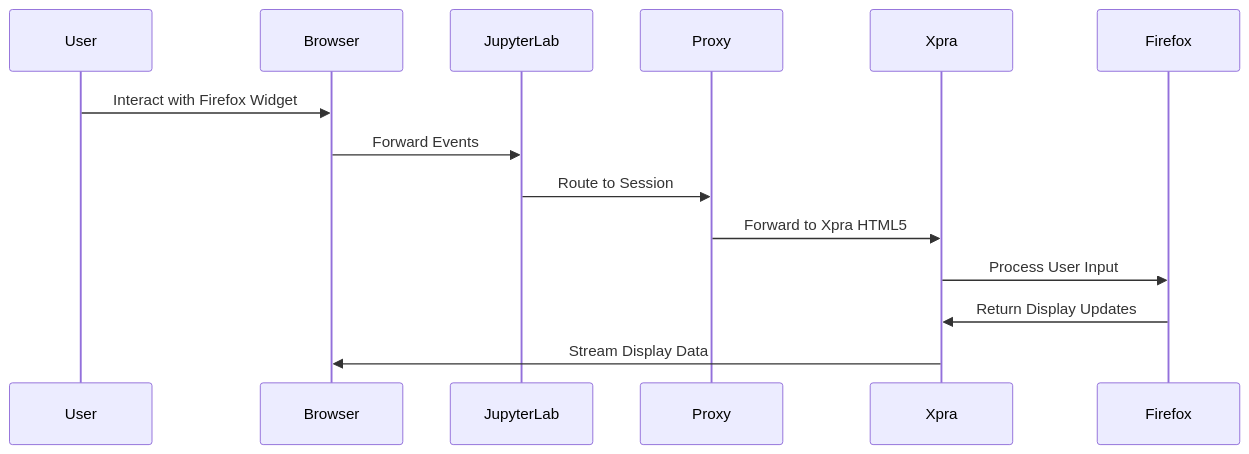
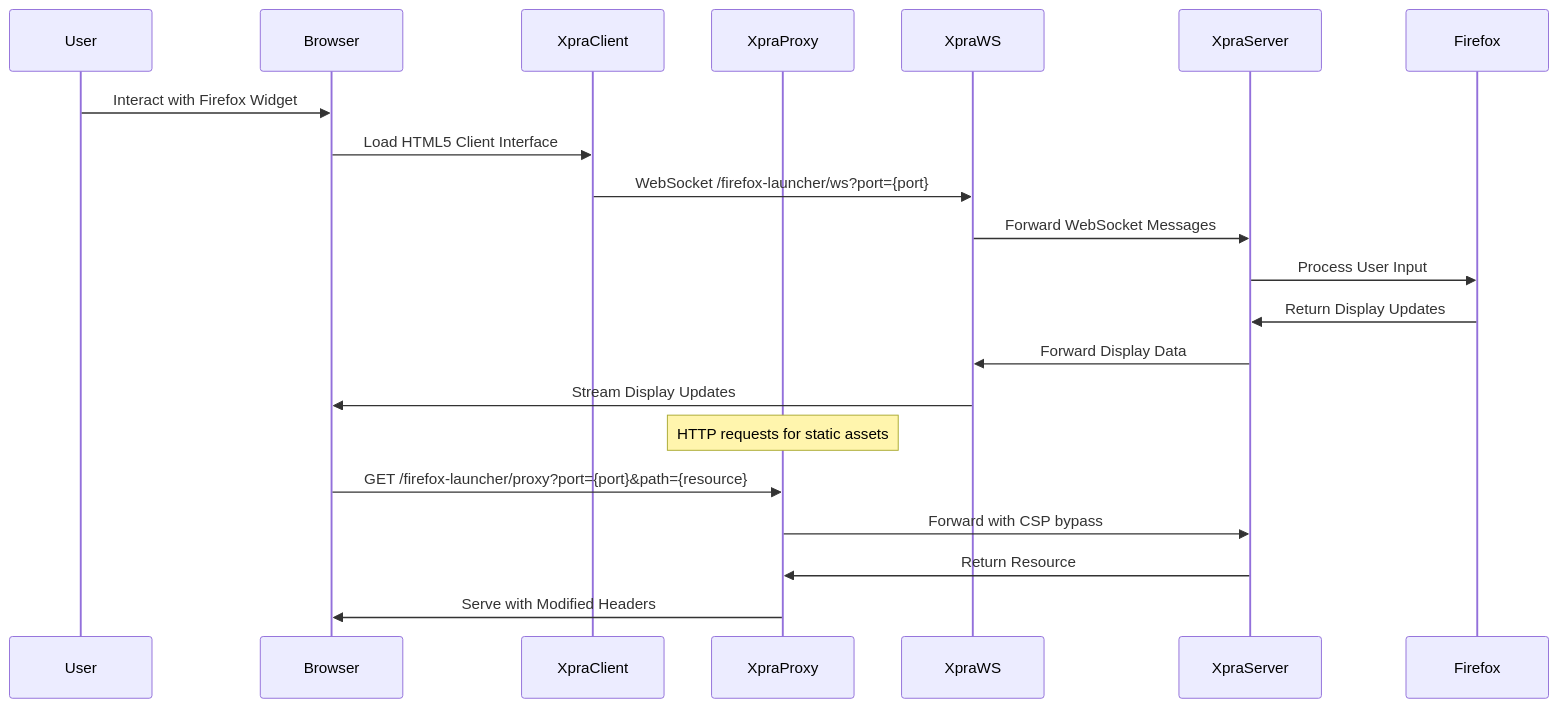
The second of 3 diagrams in docs/architecture.md (vantagecompute/jupyterlab-firefox-launcher), drawn with Mermaid before and after one commit. The commit also changed other lines of this file and 10 other files, not shown here.

````diff
--- a/docs/architecture.md
+++ b/docs/architecture.md
@@ -175,17 +237,25 @@
 ```mermaid
 sequenceDiagram
     participant User
     participant Browser
-    participant JupyterLab
-    participant Proxy
-    participant Xpra
+    participant XpraClient
+    participant XpraProxy
+    participant XpraWS
+    participant XpraServer
     participant Firefox
 
     User->>Browser: Interact with Firefox Widget
-    Browser->>JupyterLab: Forward Events
-    JupyterLab->>Proxy: Route to Session
-    Proxy->>Xpra: Forward to Xpra HTML5
-    Xpra->>Firefox: Process User Input
-    Firefox->>Xpra: Return Display Updates
-    Xpra->>Browser: Stream Display Data
+    Browser->>XpraClient: Load HTML5 Client Interface
+    XpraClient->>XpraWS: WebSocket /firefox-launcher/ws?port={port}
+    XpraWS->>XpraServer: Forward WebSocket Messages
+    XpraServer->>Firefox: Process User Input
+    Firefox->>XpraServer: Return Display Updates
+    XpraServer->>XpraWS: Forward Display Data
+    XpraWS->>Browser: Stream Display Updates
+    
+    Note over XpraProxy: HTTP requests for static assets
+    Browser->>XpraProxy: GET /firefox-launcher/proxy?port={port}&path={resource}
+    XpraProxy->>XpraServer: Forward with CSP bypass
+    XpraServer->>XpraProxy: Return Resource
+    XpraProxy->>Browser: Serve with Modified Headers
 ```
````
